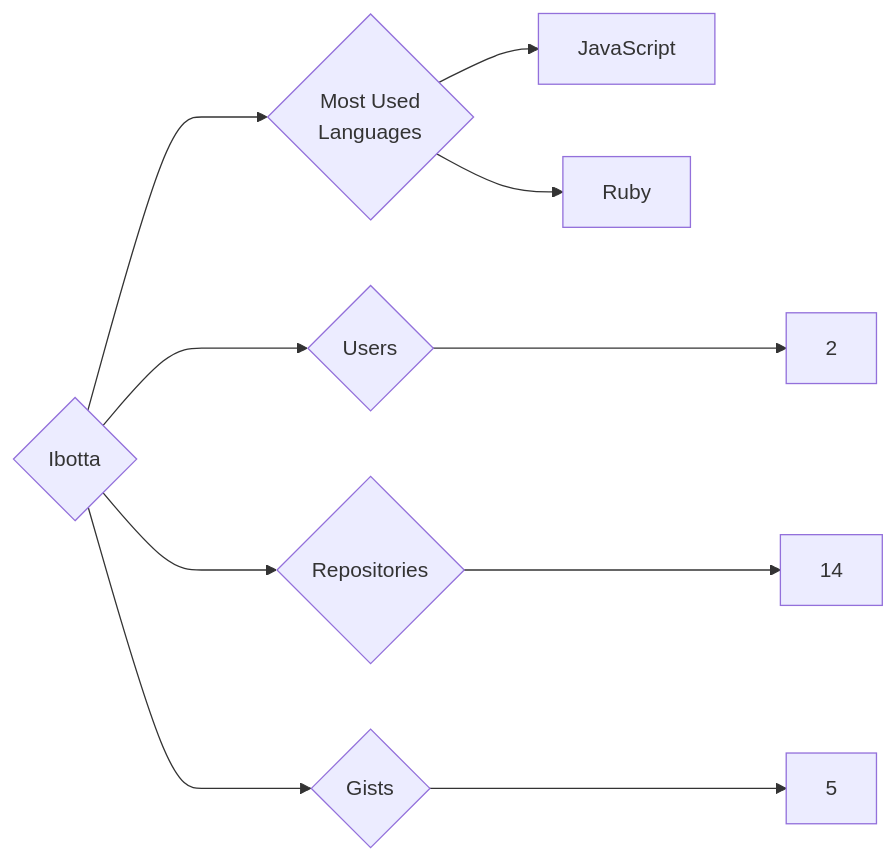
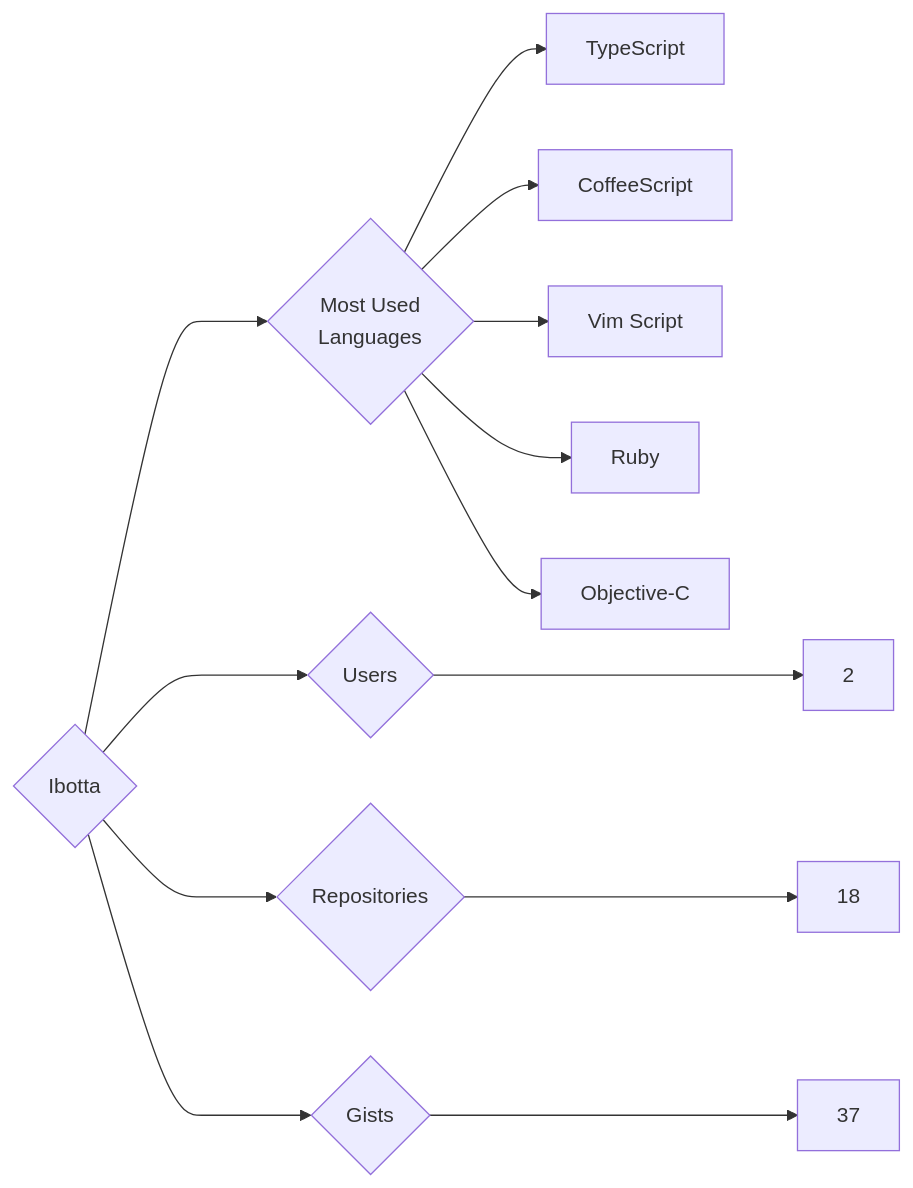
The diagram in targets/Ibotta/README.md (trickest/insiders), drawn with Mermaid before and after one commit. The commit also changed 880 other files, not shown here.

````diff
--- a/targets/Ibotta/README.md
+++ b/targets/Ibotta/README.md
@@ -3,10 +3,13 @@
 ```mermaid
 graph LR
 COMPANY_NAME{Ibotta}
 COMPANY_NAME ---> U{Users} ---> UN[2]
-COMPANY_NAME ---> R{Repositories} ---> RN[14]
-COMPANY_NAME ---> G{Gists} ---> GN[5]
+COMPANY_NAME ---> R{Repositories} ---> RN[18]
+COMPANY_NAME ---> G{Gists} ---> GN[37]
 COMPANY_NAME ---> ML{Most Used<br>Languages}
-ML --> JavaScript[JavaScript]
+ML --> TypeScript[TypeScript]
+ML --> CoffeeScript[CoffeeScript]
+ML --> Vim_Script[Vim Script]
 ML --> Ruby[Ruby]
+ML --> Objective-C[Objective-C]
 ```
````
